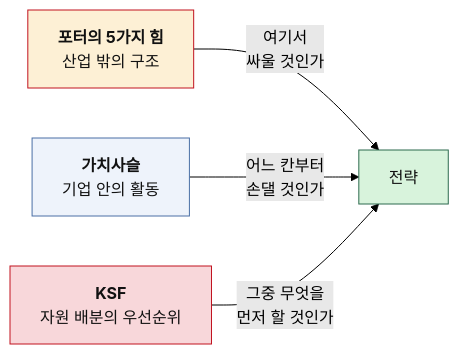
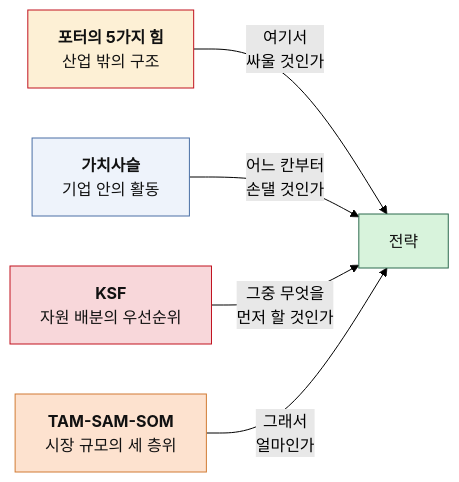
The diagram in README.md (ccw00325-spec/business-research-github-practice-2026), drawn with Mermaid (forest theme) before and after one commit. The commit also changed other lines of this file and 3 other files, not shown here.

First line of the commit message:
Add TAM-SAM-SOM chapter with sports OTT accessibility case

````diff
--- a/README.md
+++ b/README.md
@@ -49,15 +60,18 @@
 ```mermaid
 flowchart LR
     A["<b>포터의 5가지 힘</b><br/>산업 밖의 구조"] -->|"여기서<br/>싸울 것인가"| D["전략"]
     B["<b>가치사슬</b><br/>기업 안의 활동"] -->|"어느 칸부터<br/>손댈 것인가"| D
     C["<b>KSF</b><br/>자원 배분의 우선순위"] -->|"그중 무엇을<br/>먼저 할 것인가"| D
+    E["<b>TAM-SAM-SOM</b><br/>시장 규모의 세 층위"] -->|"그래서<br/>얼마인가"| D
 
     classDef out fill:#fdf0d5,stroke:#c1121f,color:#111
     classDef inn fill:#eef3fb,stroke:#4a6fa5,color:#111
     classDef ksf fill:#f8d7da,stroke:#c1121f,color:#111
+    classDef siz fill:#fde2cf,stroke:#d17b34,color:#111
     classDef dec fill:#d8f3dc,stroke:#2d6a4f,color:#111
     class A out
     class B inn
     class C ksf
+    class E siz
     class D dec
 ```
````
